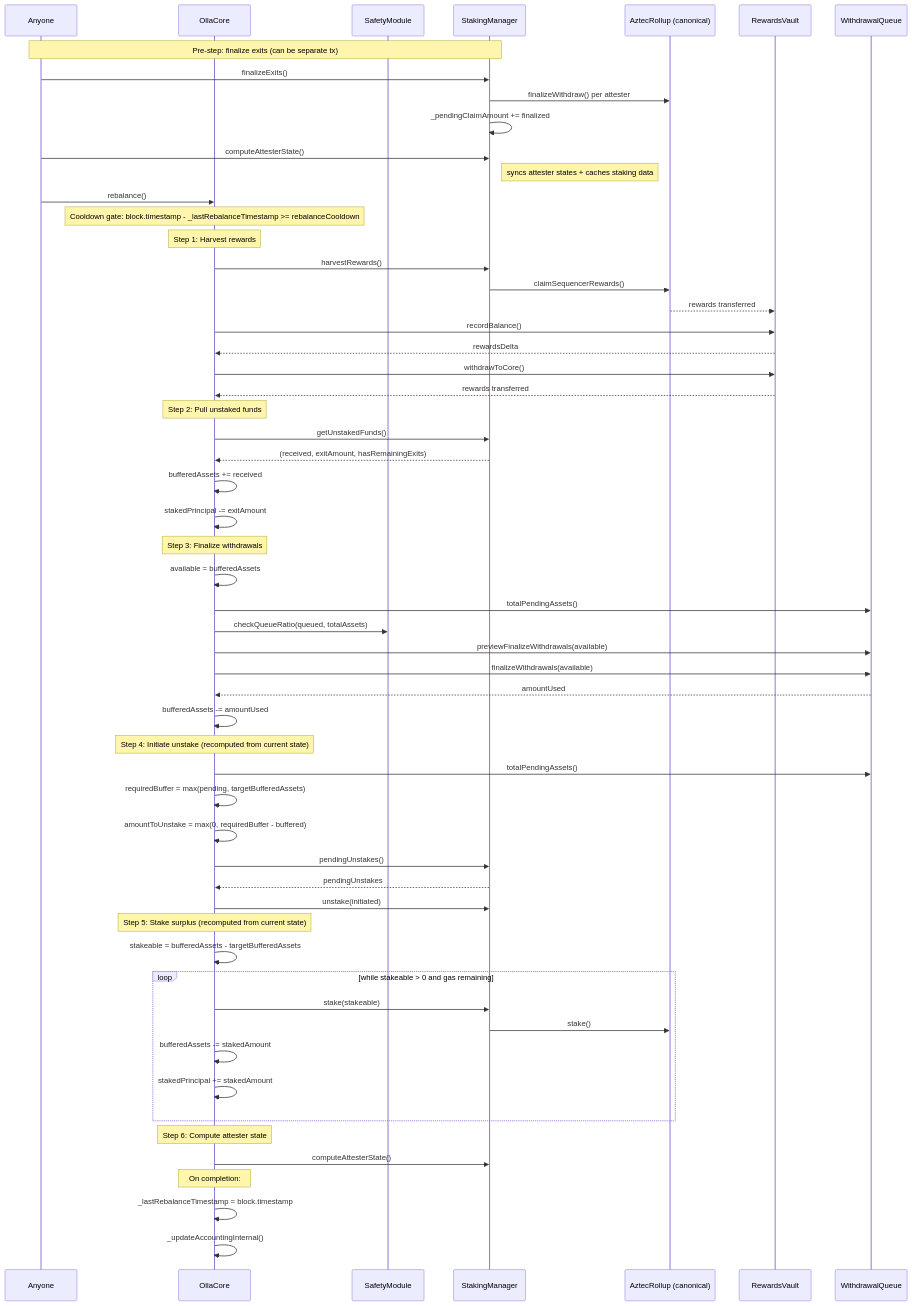
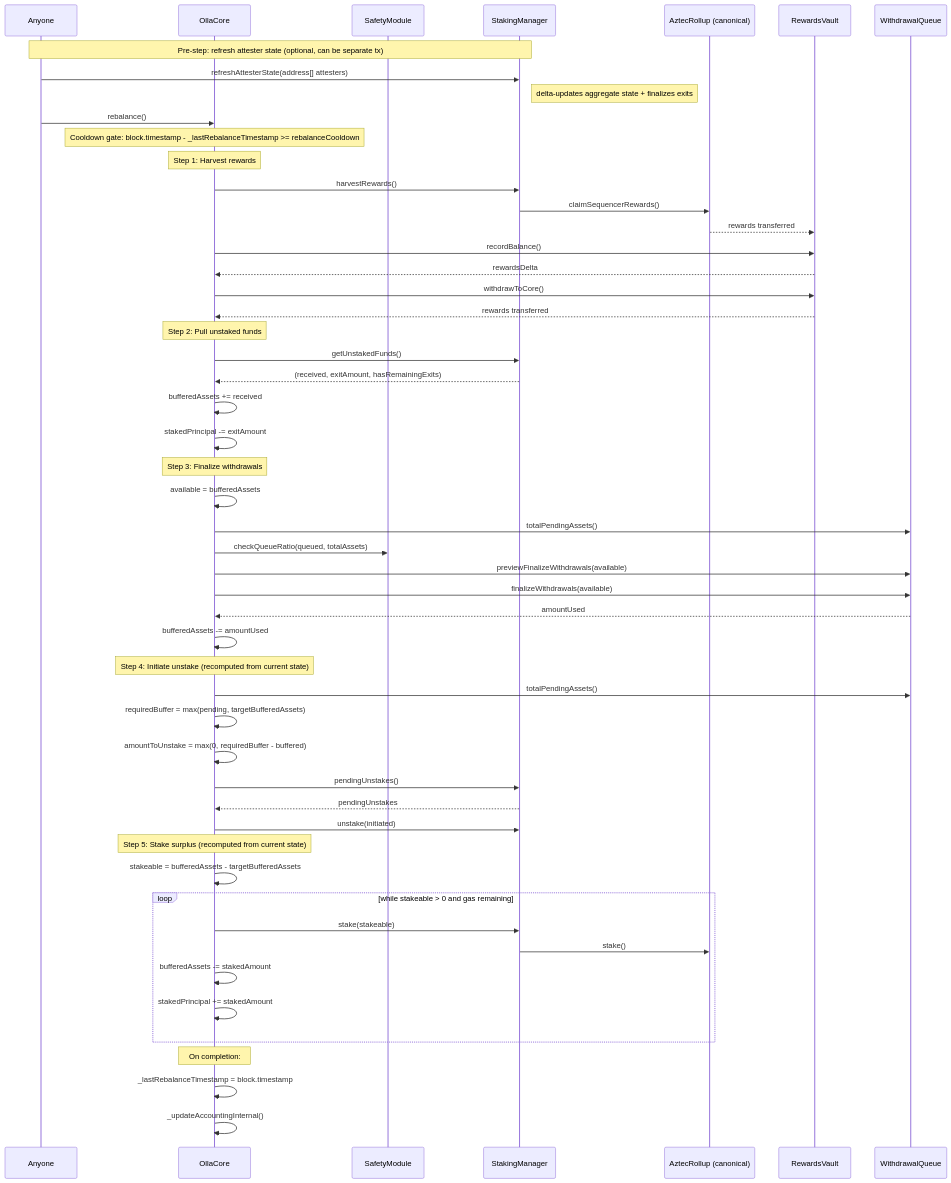
Before and after one commit to ollafinance/core: the seventh of 9 diagrams in docs/operator-actions.md, drawn with Mermaid. The commit also changed other lines of this file and 42 other files, not shown here.

First line of the commit message:
improvement: refactor StakingManager with event-driven attester state updates (#311)

````diff
--- a/docs/operator-actions.md
+++ b/docs/operator-actions.md
@@ -139,69 +143,62 @@
 ```mermaid
 sequenceDiagram
     participant A as Anyone
     participant C as OllaCore
     participant SAF as SafetyModule
     participant SM as StakingManager
     participant AR as AztecRollup (canonical)
     participant RV as RewardsVault
     participant WQ as WithdrawalQueue
 
-    Note over A,SM: Pre-step: finalize exits (can be separate tx)
-    A->>SM: finalizeExits()
-    SM->>AR: finalizeWithdraw() per attester
-    SM->>SM: _pendingClaimAmount += finalized
-
-    A->>SM: computeAttesterState()
-    Note right of SM: syncs attester states + caches staking data
+    Note over A,SM: Pre-step: refresh attester state (optional, can be separate tx)
+    A->>SM: refreshAttesterState(address[] attesters)
+    Note right of SM: delta-updates aggregate state + finalizes exits
 
     A->>C: rebalance()
     Note over C: Cooldown gate: block.timestamp - _lastRebalanceTimestamp >= rebalanceCooldown
 
     Note over C: Step 1: Harvest rewards
     C->>SM: harvestRewards()
     SM->>AR: claimSequencerRewards()
     AR-->>RV: rewards transferred
     C->>RV: recordBalance()
     RV-->>C: rewardsDelta
     C->>RV: withdrawToCore()
     RV-->>C: rewards transferred
 
     Note over C: Step 2: Pull unstaked funds
     C->>SM: getUnstakedFunds()
     SM-->>C: (received, exitAmount, hasRemainingExits)
     C->>C: bufferedAssets += received
     C->>C: stakedPrincipal -= exitAmount
 
     Note over C: Step 3: Finalize withdrawals
     C->>C: available = bufferedAssets
     C->>WQ: totalPendingAssets()
     C->>SAF: checkQueueRatio(queued, totalAssets)
     C->>WQ: previewFinalizeWithdrawals(available)
     C->>WQ: finalizeWithdrawals(available)
     WQ-->>C: amountUsed
     C->>C: bufferedAssets -= amountUsed
 
     Note over C: Step 4: Initiate unstake (recomputed from current state)
     C->>WQ: totalPendingAssets()
     C->>C: requiredBuffer = max(pending, targetBufferedAssets)
     C->>C: amountToUnstake = max(0, requiredBuffer - buffered)
     C->>SM: pendingUnstakes()
     SM-->>C: pendingUnstakes
     C->>SM: unstake(initiated)
 
     Note over C: Step 5: Stake surplus (recomputed from current state)
     C->>C: stakeable = bufferedAssets - targetBufferedAssets
     loop while stakeable > 0 and gas remaining
         C->>SM: stake(stakeable)
         SM->>AR: stake()
         C->>C: bufferedAssets -= stakedAmount
         C->>C: stakedPrincipal += stakedAmount
     end
 
-    Note over C: Step 6: Compute attester state
-    C->>SM: computeAttesterState()
-
     Note over C: On completion:
     C->>C: _lastRebalanceTimestamp = block.timestamp
     C->>C: _updateAccountingInternal()
 ```
````
